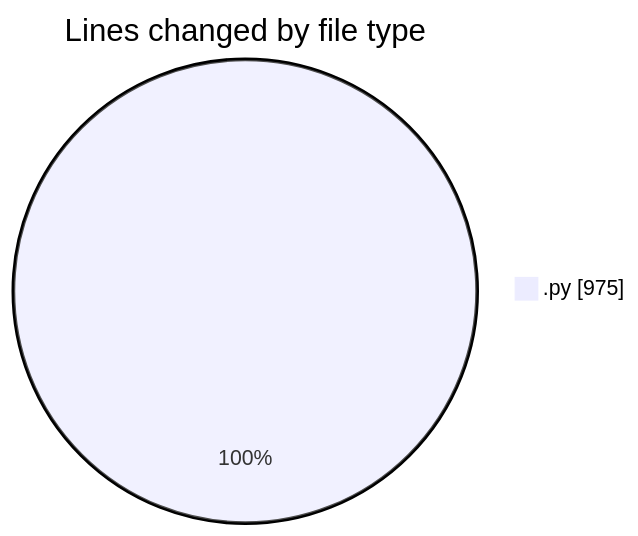
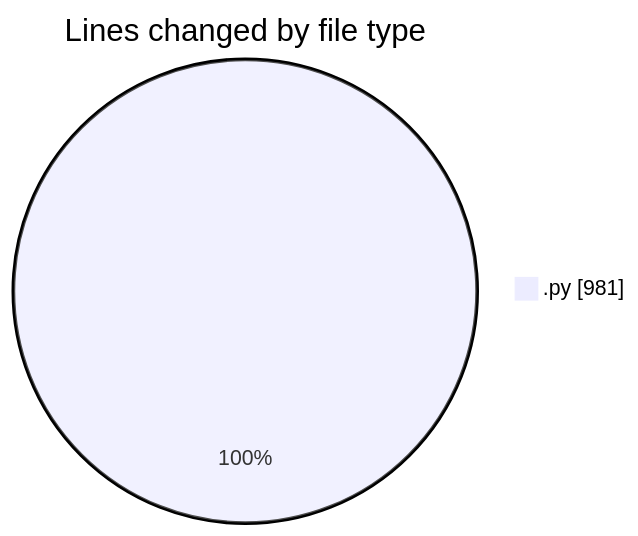
Before and after one commit to MatusMokan/code-tracking: the first of 2 diagrams in 2025-03-18/myws__workspace_/README.md, drawn with Mermaid. The commit also changed other lines of this file and 1 other file, not shown here.

````diff
--- a/2025-03-18/myws__workspace_/README.md
+++ b/2025-03-18/myws__workspace_/README.md
@@ -22,5 +22,5 @@
 ```mermaid
 pie showData
 title Lines changed by file type
-".py" : 975
+".py" : 981
 ```
````
